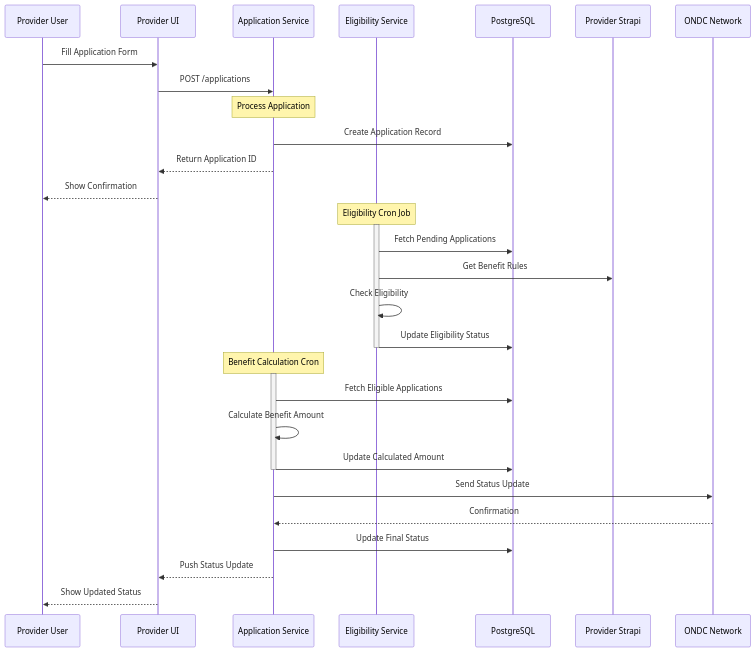
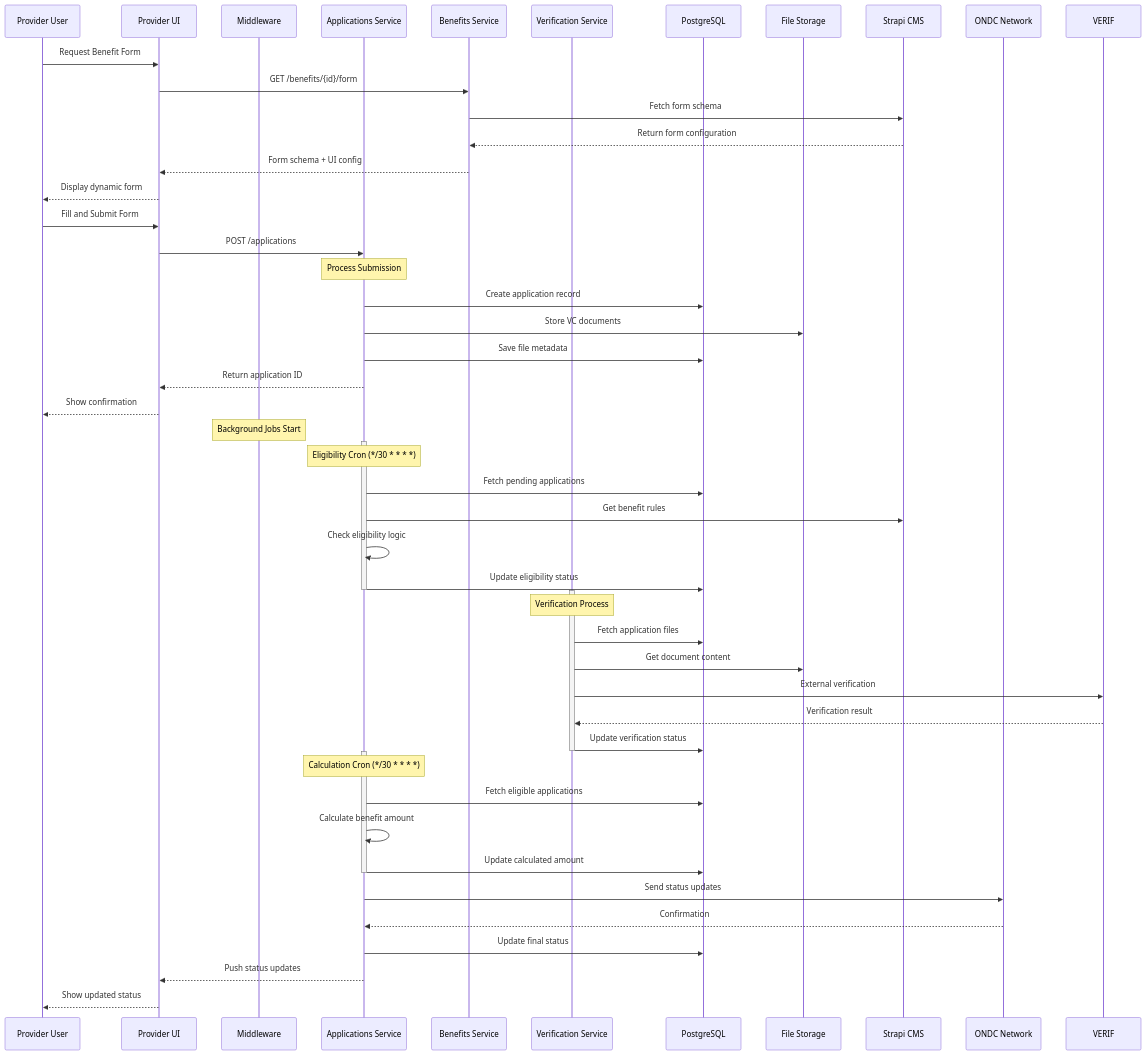
The second of 6 diagrams in docs/arch-diagram1.md (rajnishdargan/ubi-strapi-provider-mw), drawn with Mermaid before and after one commit. The commit also changed other lines of this file, not shown here.

Commit message:
Issue #246252 fix: Diagram Documentation

````diff
--- a/docs/arch-diagram1.md
+++ b/docs/arch-diagram1.md
@@ -79,44 +160,69 @@
 ```mermaid
 sequenceDiagram
-    participant U as Provider User
+    participant User as Provider User
     participant UI as Provider UI
-    participant AS as Application Service
-    participant ES as Eligibility Service
+    participant MW as Middleware
+    participant APP as Applications Service
+    participant BEN as Benefits Service
+    participant VER as Verification Service
     participant DB as PostgreSQL
-    participant CMS as Provider Strapi
+    participant FS as File Storage
+    participant CMS as Strapi CMS
     participant ONDC as ONDC Network
 
-    %% Application Form Submission
-    U->>UI: Fill Application Form
-    UI->>AS: POST /applications
-    Note over AS: Process Application
-    AS->>DB: Create Application Record
-    AS-->>UI: Return Application ID
-    UI-->>U: Show Confirmation
+    %% Form Request and Submission
+    User->>UI: Request Benefit Form
+    UI->>BEN: GET /benefits/{id}/form
+    BEN->>CMS: Fetch form schema
+    CMS-->>BEN: Return form configuration
+    BEN-->>UI: Form schema + UI config
+    UI-->>User: Display dynamic form
 
-    %% Background Processing - Eligibility
-    Note over ES: Eligibility Cron Job
-    activate ES
-    ES->>DB: Fetch Pending Applications
-    ES->>CMS: Get Benefit Rules
-    ES->>ES: Check Eligibility
-    ES->>DB: Update Eligibility Status
-    deactivate ES
+    User->>UI: Fill and Submit Form
+    UI->>APP: POST /applications
+    Note over APP: Process Submission
+    APP->>DB: Create application record
+    APP->>FS: Store VC documents
+    APP->>DB: Save file metadata
+    APP-->>UI: Return application ID
+    UI-->>User: Show confirmation
 
-    %% Background Processing - Benefit Calculation
-    Note over AS: Benefit Calculation Cron
-    activate AS
-    AS->>DB: Fetch Eligible Applications
-    AS->>AS: Calculate Benefit Amount
-    AS->>DB: Update Calculated Amount
-    deactivate AS
+    %% Background Processing
+    Note over MW: Background Jobs Start
+    
+    %% Eligibility Check
+    activate APP
+    Note over APP: Eligibility Cron (*/30 * * * *)
+    APP->>DB: Fetch pending applications
+    APP->>CMS: Get benefit rules
+    APP->>APP: Check eligibility logic
+    APP->>DB: Update eligibility status
+    deactivate APP
+
+    %% Document Verification
+    activate VER
+    Note over VER: Verification Process
+    VER->>DB: Fetch application files
+    VER->>FS: Get document content
+    VER->>VERIF: External verification
+    VERIF-->>VER: Verification result
+    VER->>DB: Update verification status
+    deactivate VER
+
+    %% Benefit Calculation
+    activate APP
+    Note over APP: Calculation Cron (*/30 * * * *)
+    APP->>DB: Fetch eligible applications
+    APP->>APP: Calculate benefit amount
+    APP->>DB: Update calculated amount
+    deactivate APP
+
+    %% ONDC Integration
+    APP->>ONDC: Send status updates
+    ONDC-->>APP: Confirmation
+    APP->>DB: Update final status
 
     %% Status Updates
-    AS->>ONDC: Send Status Update
-    ONDC-->>AS: Confirmation
-    AS->>DB: Update Final Status
-    
-    %% Notify User
-    AS-->>UI: Push Status Update
-    UI-->>U: Show Updated Status
+    APP-->>UI: Push status updates
+    UI-->>User: Show updated status
 ```
````
